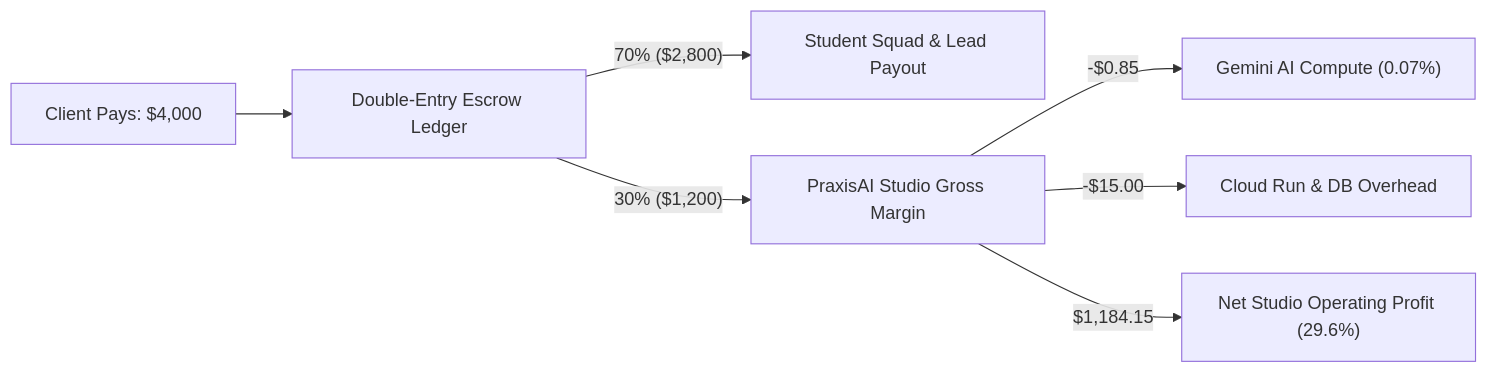
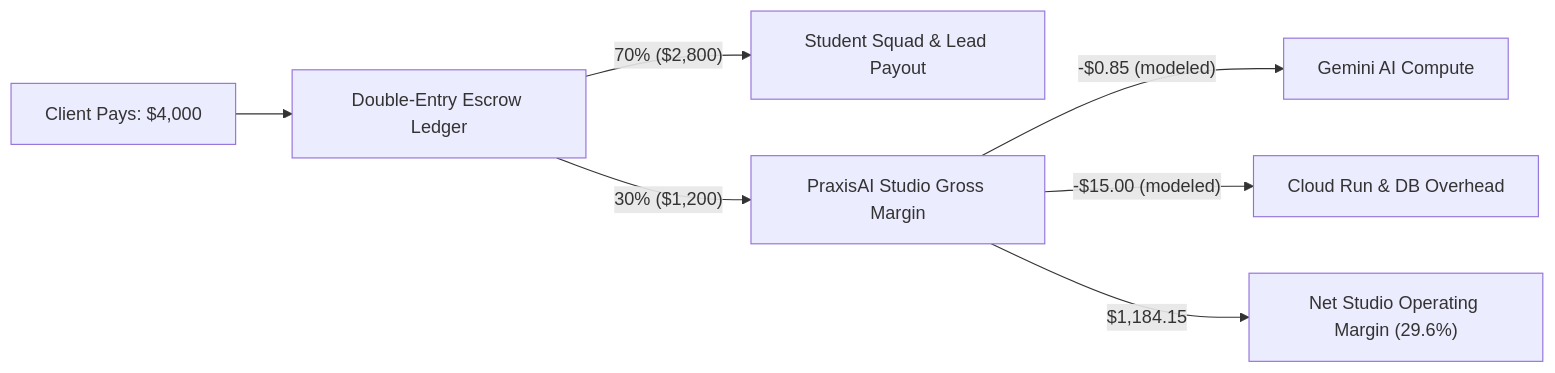
The diagram in docs/pilot-pipeline.md (MaharMuavia/praxisai), drawn with Mermaid before and after one commit. The commit also changed other lines of this file and 31 other files, not shown here.

````diff
--- a/docs/pilot-pipeline.md
+++ b/docs/pilot-pipeline.md
@@ -33,9 +52,9 @@
 ```mermaid
 flowchart LR
     ClientPayment["Client Pays: $4,000"] --> EscrowLedger["Double-Entry Escrow Ledger"]
     EscrowLedger -->|"70% ($2,800)"| StudentPayout["Student Squad & Lead Payout"]
     EscrowLedger -->|"30% ($1,200)"| StudioMargin["PraxisAI Studio Gross Margin"]
-    StudioMargin -->|"-$0.85"| GeminiCost["Gemini AI Compute (0.07%)"]
-    StudioMargin -->|"-$15.00"| Infrastructure["Cloud Run & DB Overhead"]
-    StudioMargin -->|"$1,184.15"| NetProfit["Net Studio Operating Profit (29.6%)"]
+    StudioMargin -->|"-$0.85 (modeled)"| GeminiCost["Gemini AI Compute"]
+    StudioMargin -->|"-$15.00 (modeled)"| Infrastructure["Cloud Run & DB Overhead"]
+    StudioMargin -->|"$1,184.15"| NetProfit["Net Studio Operating Margin (29.6%)"]
 ```
````
